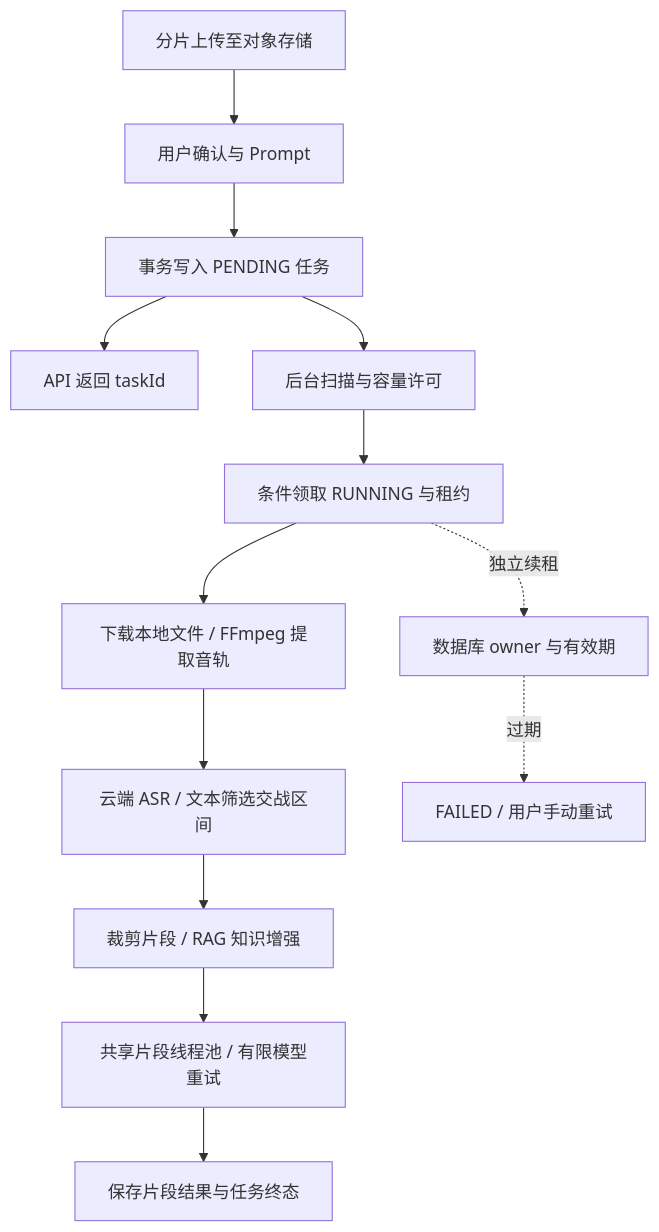
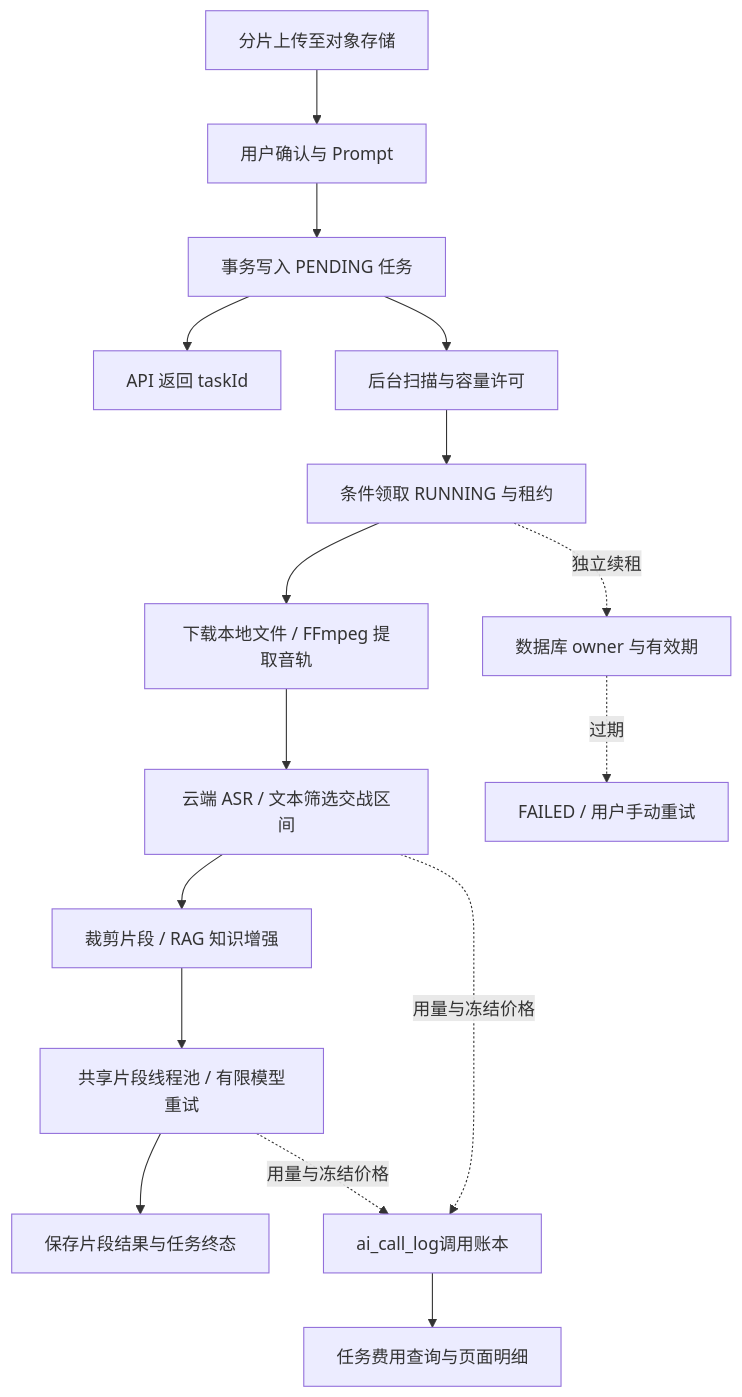
One commit to Aloys-y/video-ai-platform changed the diagram in README.md. Above: the diagram before and after it, drawn with Mermaid. The commit also changed other lines of this file and 14 other files, not shown here.

````diff
--- a/README.md
+++ b/README.md
@@ -123,15 +107,18 @@
 ```mermaid
 graph TD
     A[分片上传至对象存储] --> B[用户确认与 Prompt]
     B --> C[事务写入 PENDING 任务]
     C --> D[API 返回 taskId]
     C --> E[后台扫描与容量许可]
     E --> F[条件领取 RUNNING 与租约]
     F --> G[下载本地文件 / FFmpeg 提取音轨]
     G --> H[云端 ASR / 文本筛选交战区间]
     H --> I[裁剪片段 / RAG 知识增强]
     I --> J[共享片段线程池 / 有限模型重试]
     J --> K[保存片段结果与任务终态]
+    H -. 用量与冻结价格 .-> N[ai_call_log调用账本]
+    J -. 用量与冻结价格 .-> N
+    N --> O[任务费用查询与页面明细]
     F -. 独立续租 .-> L[数据库 owner 与有效期]
     L -. 过期 .-> M[FAILED / 用户手动重试]
 ```
````
